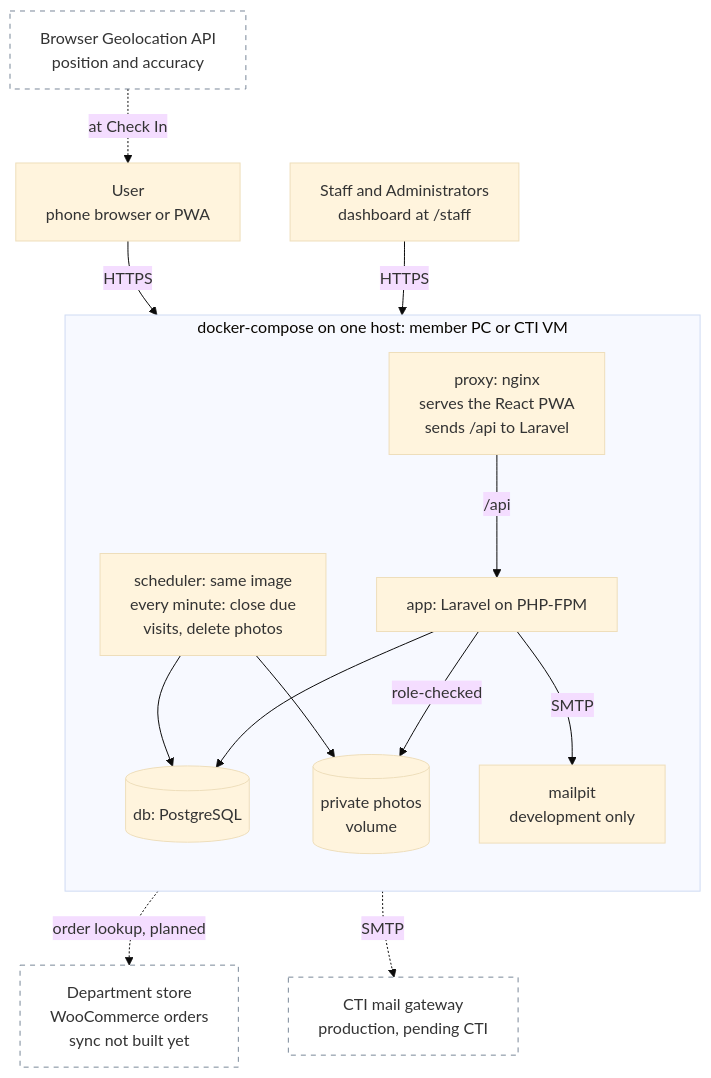
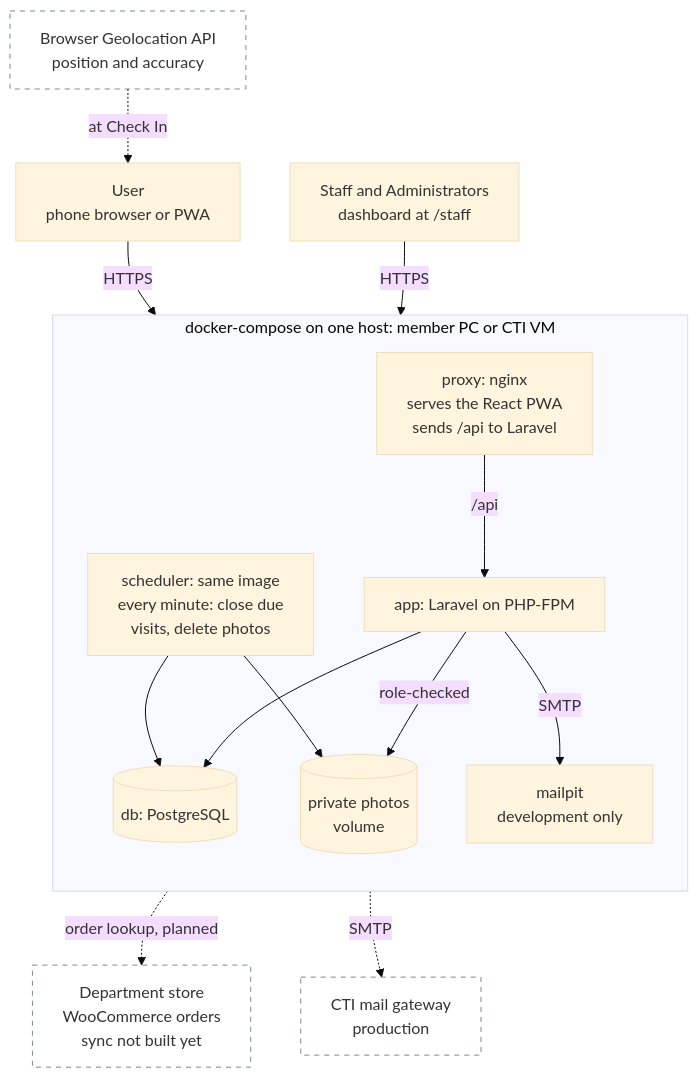
The diagram in docs/progress_report/diagrams/01_architecture.mmd (Th3-Minorities/natatorio-gym-app), drawn with Mermaid (base theme) before and after one commit. The commit also changed 7 other files, not shown here.

Commit message:
Make the diagrams easier to read and list the load test for both Carlos and Pierre, so the authorization states, the photo rule and the CTI mail gateway no longer read as pending work

```diff
--- a/docs/progress_report/diagrams/01_architecture.mmd
+++ b/docs/progress_report/diagrams/01_architecture.mmd
@@ -1,33 +1,33 @@
 flowchart TB
   GEO["Browser Geolocation API<br/>position and accuracy"]
   U["User<br/>phone browser or PWA"]
   S["Staff and Administrators<br/>dashboard at /staff"]
 
   subgraph HOST["docker-compose on one host: member PC or CTI VM"]
     direction TB
     PX["proxy: nginx<br/>serves the React PWA<br/>sends /api to Laravel"]
     APP["app: Laravel on PHP-FPM"]
     SCH["scheduler: same image<br/>every minute: close due<br/>visits, delete photos"]
     DB[("db: PostgreSQL")]
     PV[("private photos<br/>volume")]
     MP["mailpit<br/>development only"]
   end
 
   WOO["Department store<br/>WooCommerce orders<br/>sync not built yet"]
-  GW["CTI mail gateway<br/>production, pending CTI"]
+  GW["CTI mail gateway<br/>production"]
 
   GEO -.->|"at Check In"| U
   U -->|HTTPS| PX
   S -->|HTTPS| PX
   PX -->|"/api"| APP
   APP --> DB
   SCH --> DB
   APP -->|"role-checked"| PV
   SCH --> PV
   APP -->|SMTP| MP
   APP -.->|"order lookup, planned"| WOO
   APP -.->|SMTP| GW
   MP ~~~ GW
 
   classDef ext fill:#FFFFFF,stroke:#7A8899,stroke-dasharray:5 5
   class GEO,GW,WOO ext
```
